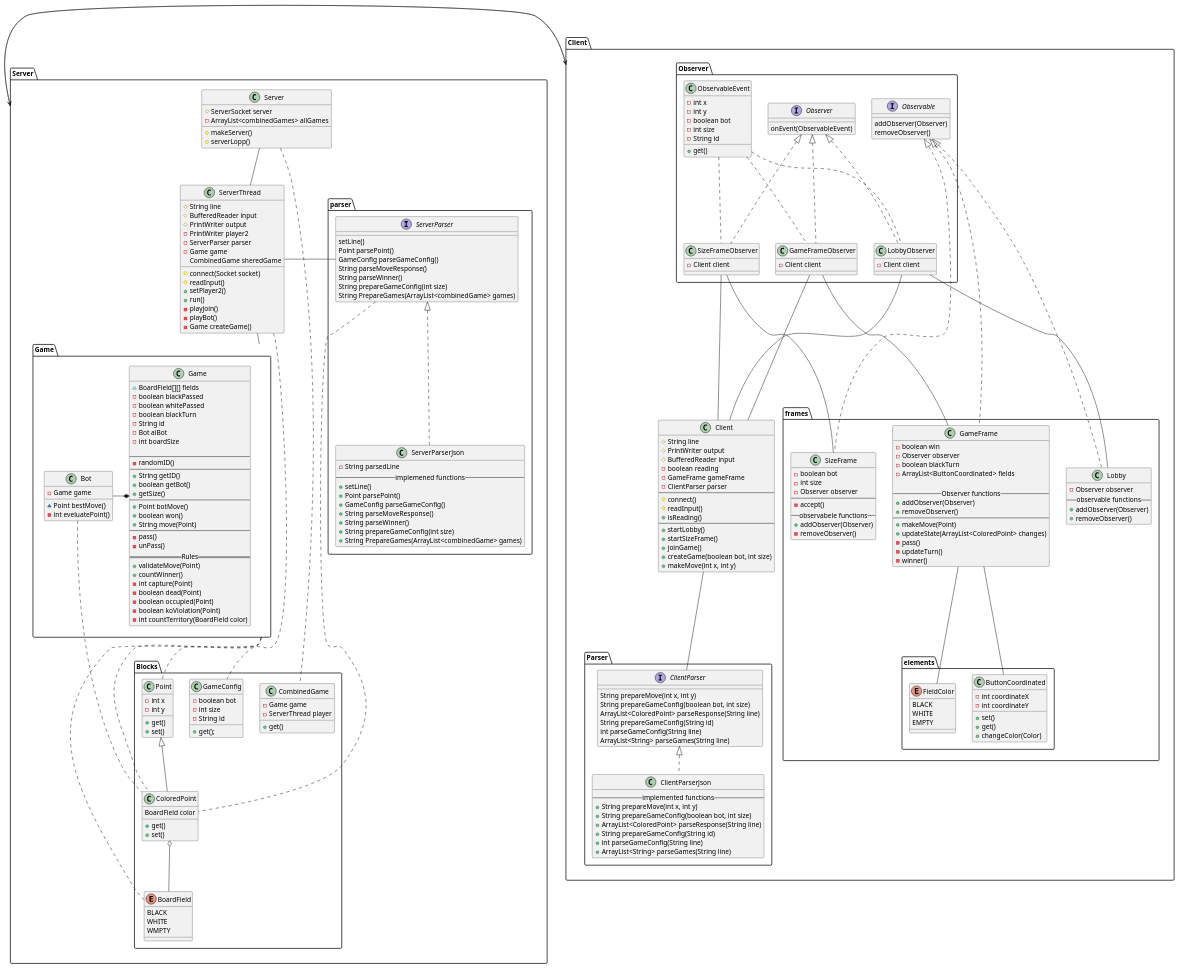
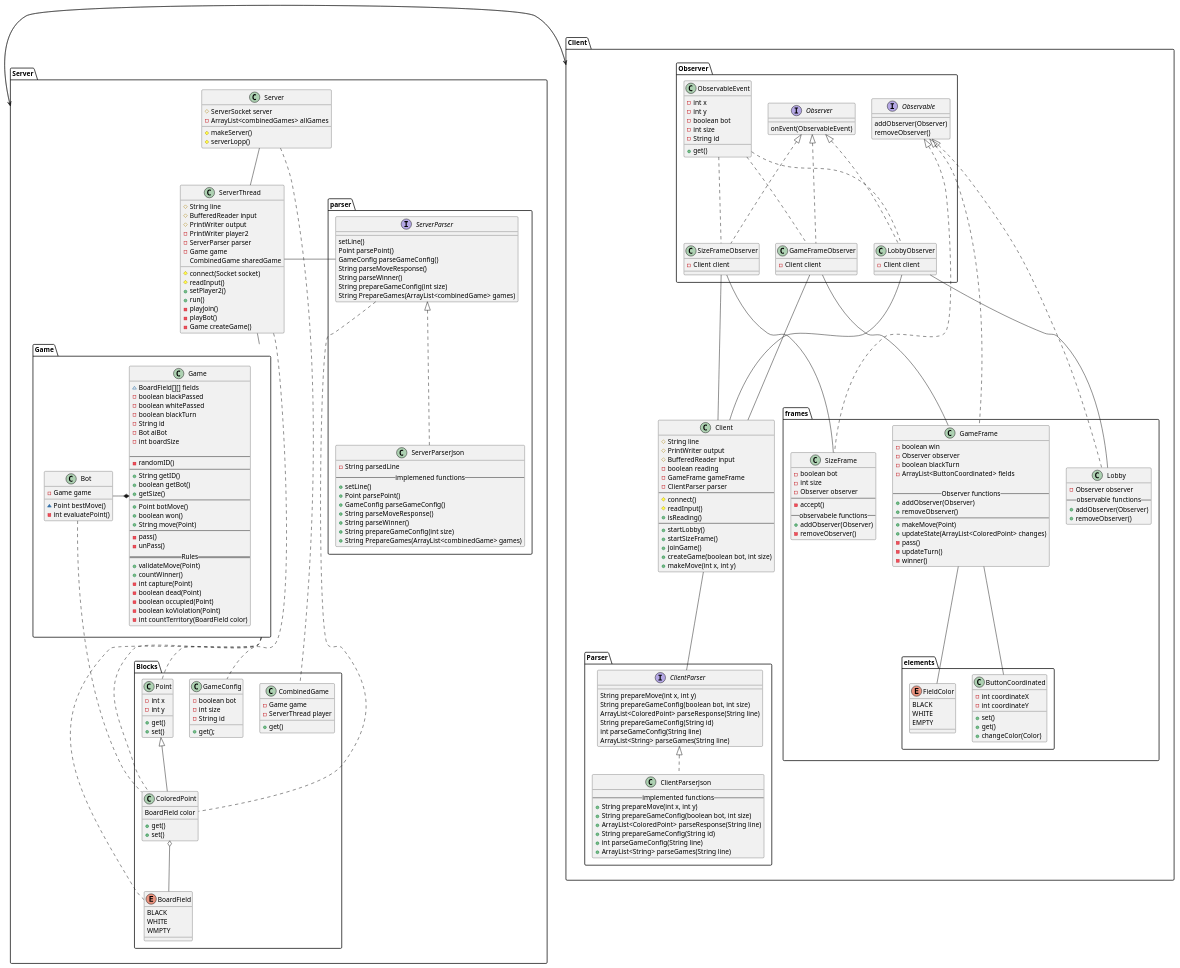
One commit to buczekxpompa/ProjektTP changed the diagram in uml/class.puml. Above: the diagram before and after it, drawn with PlantUML. The commit also changed 5 other files, not shown here.

```diff
--- a/uml/class.puml
+++ b/uml/class.puml
@@ -14,7 +14,7 @@
         -PrintWriter player2
         -ServerParser parser
         -Game game
-        CombinedGame sheredGame
+        CombinedGame sharedGame
 
         #connect(Socket socket)
         #readInput()
@@ -59,7 +59,7 @@
         class Bot {
             -Game game
             ~Point bestMove()
-            -int eveluatePoint()
+            -int evaluatePoint()
         }
         Bot -* Game
     }
```
